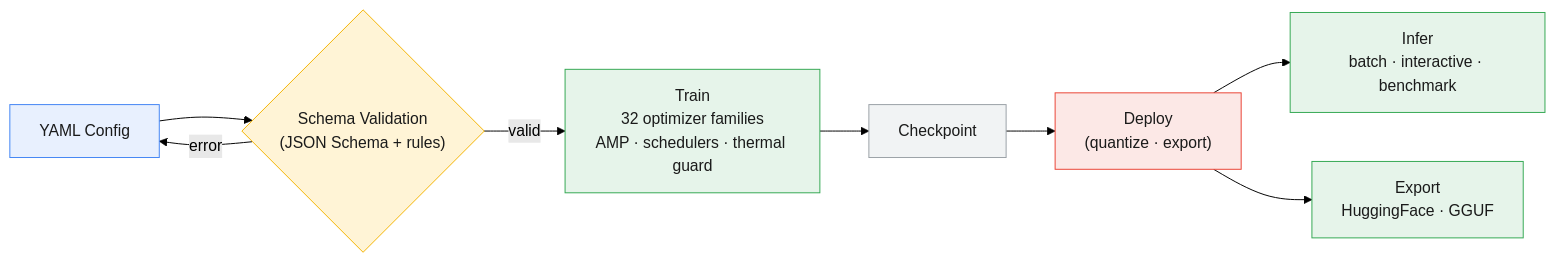
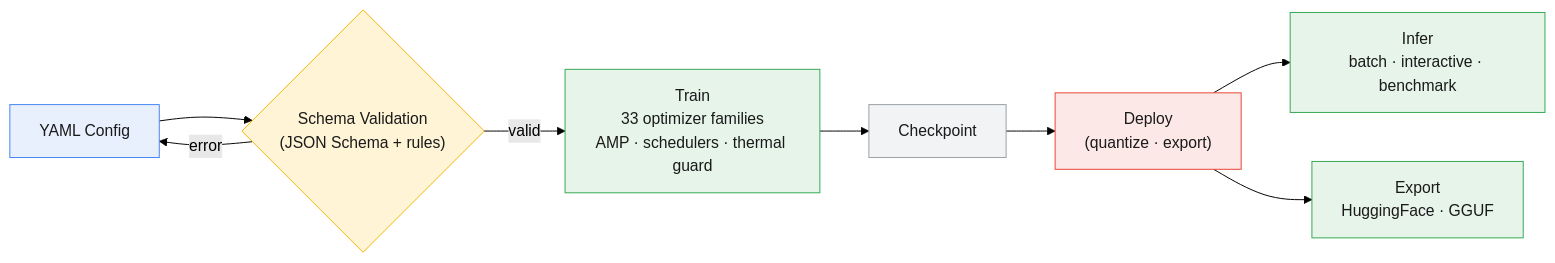
The first of 2 diagrams in README.md (erickfmm/frankenstein-transformer), drawn with Mermaid (forest theme) before and after one commit. The commit also changed other lines of this file and 21 other files, not shown here.

````diff
--- a/README.md
+++ b/README.md
@@ -24,18 +24,18 @@
 ```mermaid
 flowchart LR
     A["YAML Config"] --> B{"Schema Validation<br/>(JSON Schema + rules)"}
-    B -- valid --> C["Train<br/>32 optimizer families<br/>AMP · schedulers · thermal guard"]
+    B -- valid --> C["Train<br/>33 optimizer families<br/>AMP · schedulers · thermal guard"]
     B -- error --> A
     C --> D["Checkpoint"]
     D --> E["Deploy<br/>(quantize · export)"]
     E --> F["Infer<br/>batch · interactive · benchmark"]
     E --> G["Export<br/>HuggingFace · GGUF"]
 
     style A fill:#e8f0fe,stroke:#4285f4,color:#1a1a1a
     style B fill:#fff4d6,stroke:#f4b400,color:#1a1a1a
     style C fill:#e6f4ea,stroke:#34a853,color:#1a1a1a
     style D fill:#f1f3f4,stroke:#9aa0a6,color:#1a1a1a
     style E fill:#fce8e6,stroke:#ea4335,color:#1a1a1a
     style F fill:#e6f4ea,stroke:#34a853,color:#1a1a1a
     style G fill:#e6f4ea,stroke:#34a853,color:#1a1a1a
 ```
````
